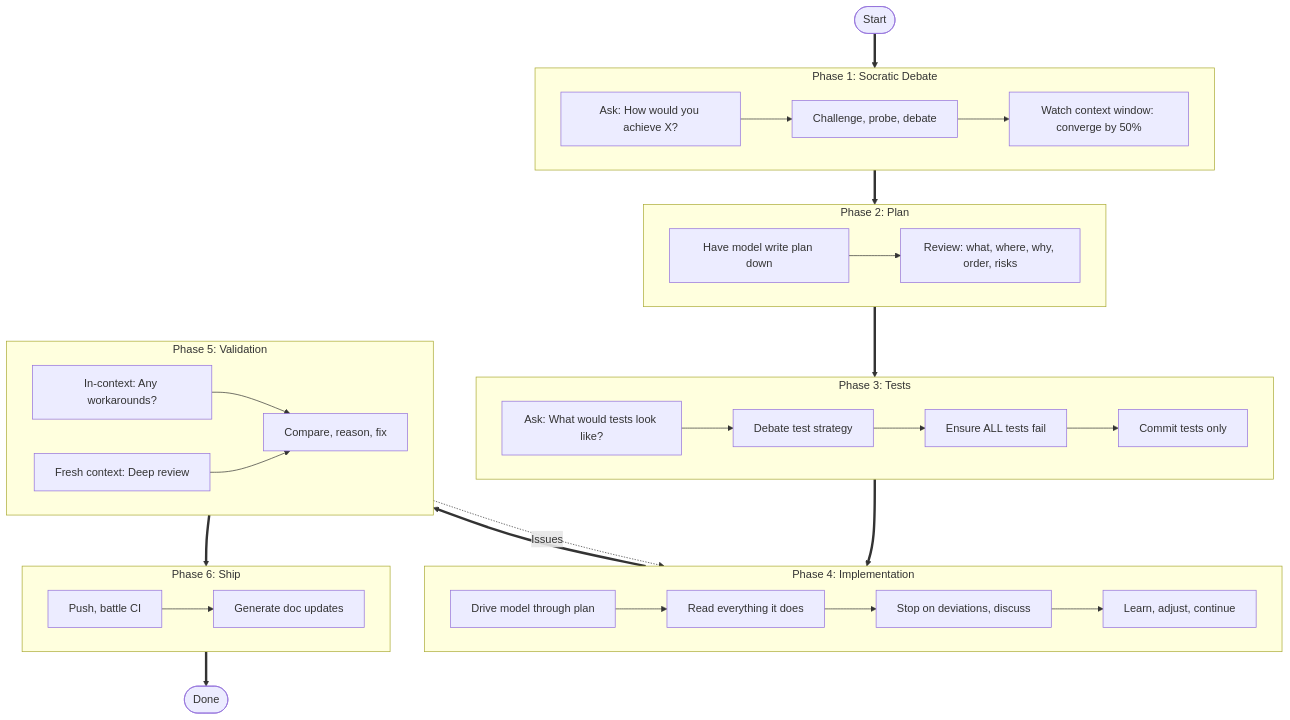
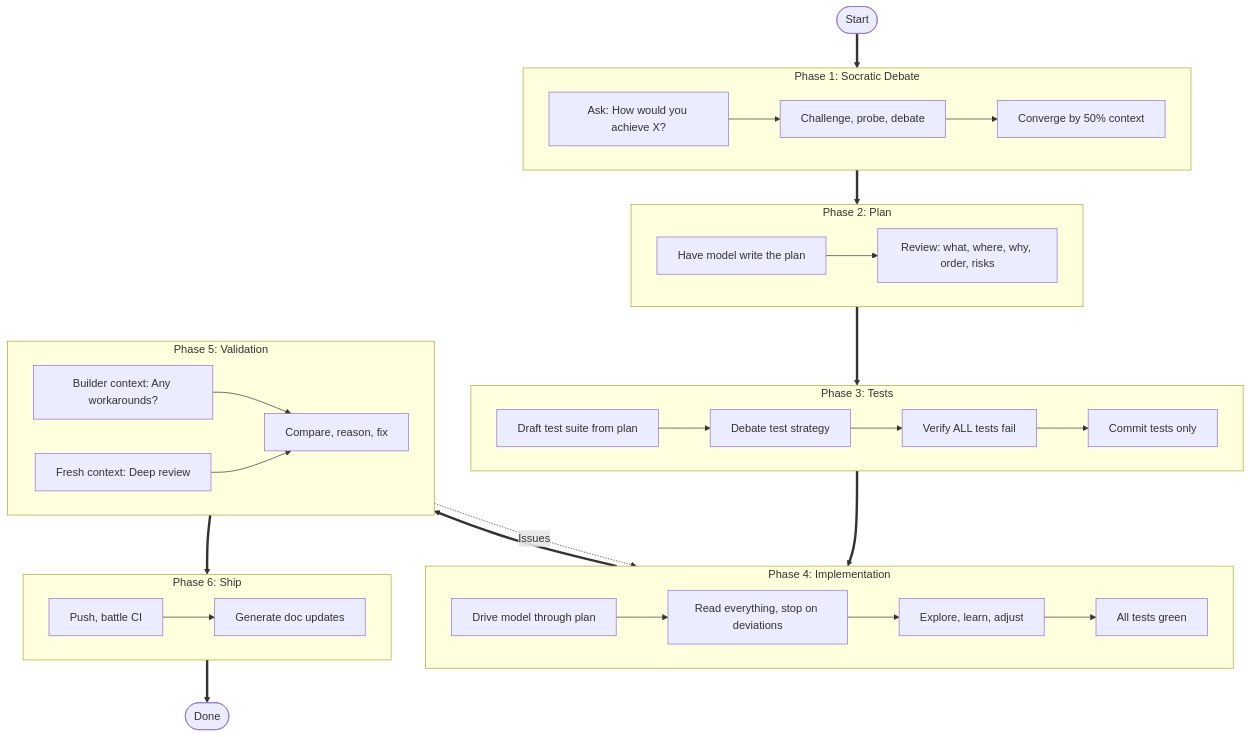
Before and after one commit to ahzan-dev/jaseci-blogs: the seventh of 7 diagrams in docs/blog/posts/socratic_prompt_method.md, drawn with Mermaid. The commit also changed other lines of this file, not shown here.

````diff
--- a/docs/blog/posts/socratic_prompt_method.md
+++ b/docs/blog/posts/socratic_prompt_method.md
@@ -245,60 +237,60 @@
 ```mermaid
 flowchart TD
     START(["Start"]) ==> P1
 
     subgraph P1 [Phase 1: Socratic Debate]
         A1["Ask: How would you achieve X?"]
         A2["Challenge, probe, debate"]
-        A3["Watch context window: converge by 50%"]
+        A3["Converge by 50% context"]
         A1 --> A2 --> A3
     end
 
     P1 ==> P2
 
     subgraph P2 [Phase 2: Plan]
-        B1["Have model write plan down"]
+        B1["Have model write the plan"]
         B2["Review: what, where, why, order, risks"]
         B1 --> B2
     end
 
     P2 ==> P3
 
     subgraph P3 [Phase 3: Tests]
-        C1["Ask: What would tests look like?"]
+        C1["Draft test suite from plan"]
         C2["Debate test strategy"]
-        C3["Ensure ALL tests fail"]
+        C3["Verify ALL tests fail"]
         C4["Commit tests only"]
         C1 --> C2 --> C3 --> C4
     end
 
     P3 ==> P4
 
     subgraph P4 [Phase 4: Implementation]
         D1["Drive model through plan"]
-        D2["Read everything it does"]
-        D3["Stop on deviations, discuss"]
-        D4["Learn, adjust, continue"]
+        D2["Read everything, stop on deviations"]
+        D3["Explore, learn, adjust"]
+        D4["All tests green"]
         D1 --> D2 --> D3 --> D4
     end
 
     P4 ==> P5
 
     subgraph P5 [Phase 5: Validation]
-        E1["In-context: Any workarounds?"]
+        E1["Builder context: Any workarounds?"]
         E2["Fresh context: Deep review"]
         E3["Compare, reason, fix"]
         E1 --> E3
         E2 --> E3
     end
 
     P5 -.->|"Issues"| P4
     P5 ==> P6
 
     subgraph P6 [Phase 6: Ship]
         F1["Push, battle CI"]
         F2["Generate doc updates"]
         F1 --> F2
     end
 
     P6 ==> DONE(["Done"])
 ```
````
